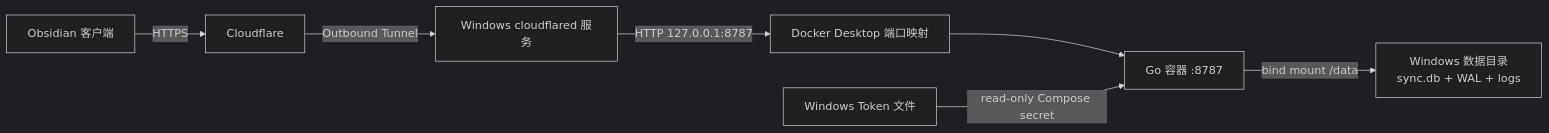
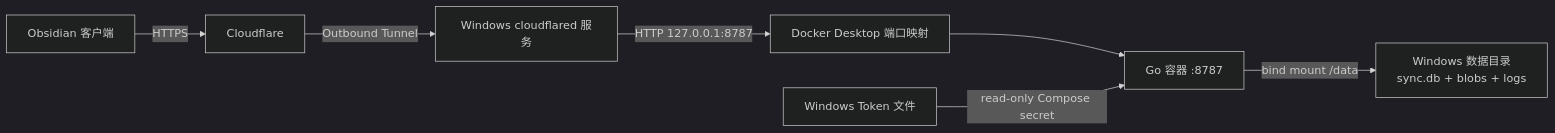
The diagram in docs/DOCKER_DEPLOYMENT.zh-CN.md (qoxop/obsidian-sync-tunnel), drawn with Mermaid (dark theme) before and after one commit. The commit also changed other lines of this file and 3 other files, not shown here.

````diff
--- a/docs/DOCKER_DEPLOYMENT.zh-CN.md
+++ b/docs/DOCKER_DEPLOYMENT.zh-CN.md
@@ -5,9 +5,9 @@
 ```mermaid
 flowchart LR
     A["Obsidian 客户端"] -->|"HTTPS"| B["Cloudflare"]
     B -->|"Outbound Tunnel"| C["Windows cloudflared 服务"]
     C -->|"HTTP 127.0.0.1:8787"| D["Docker Desktop 端口映射"]
     D --> E["Go 容器 :8787"]
-    E -->|"bind mount /data"| F["Windows 数据目录\nsync.db + WAL + logs"]
+    E -->|"bind mount /data"| F["Windows 数据目录\nsync.db + blobs + logs"]
     G["Windows Token 文件"] -->|"read-only Compose secret"| E
 ```
````
